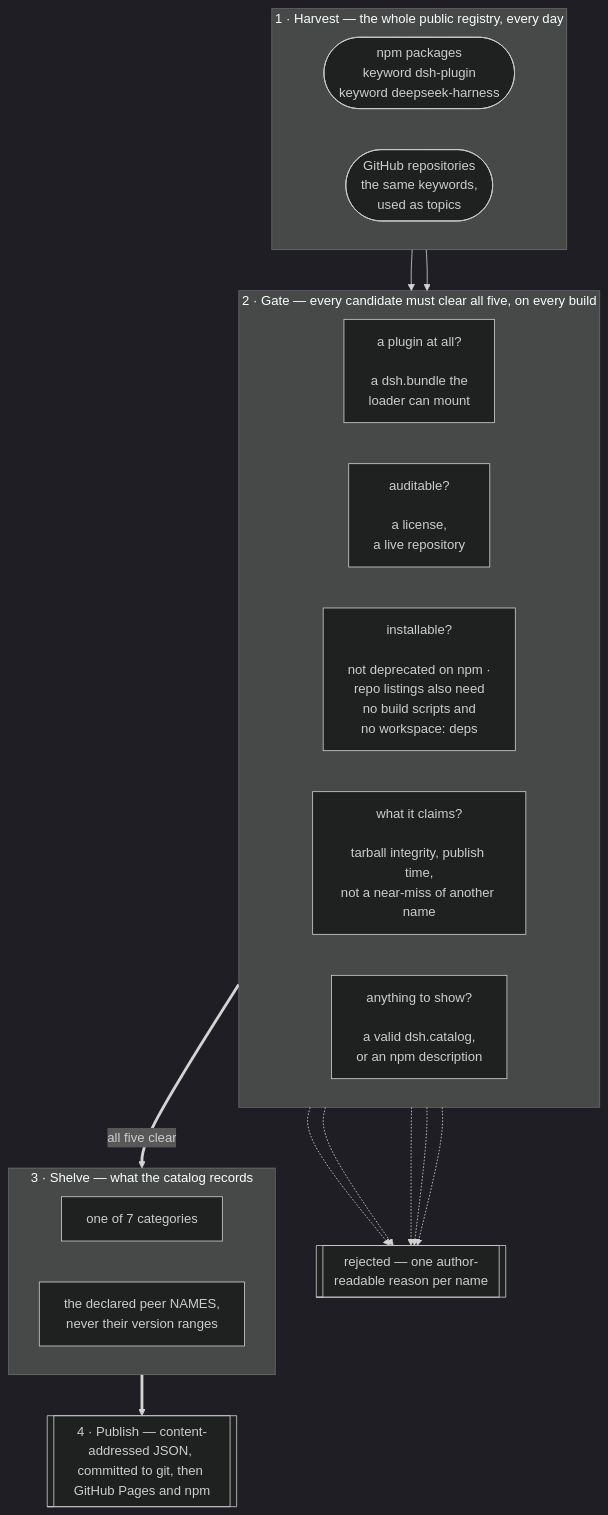
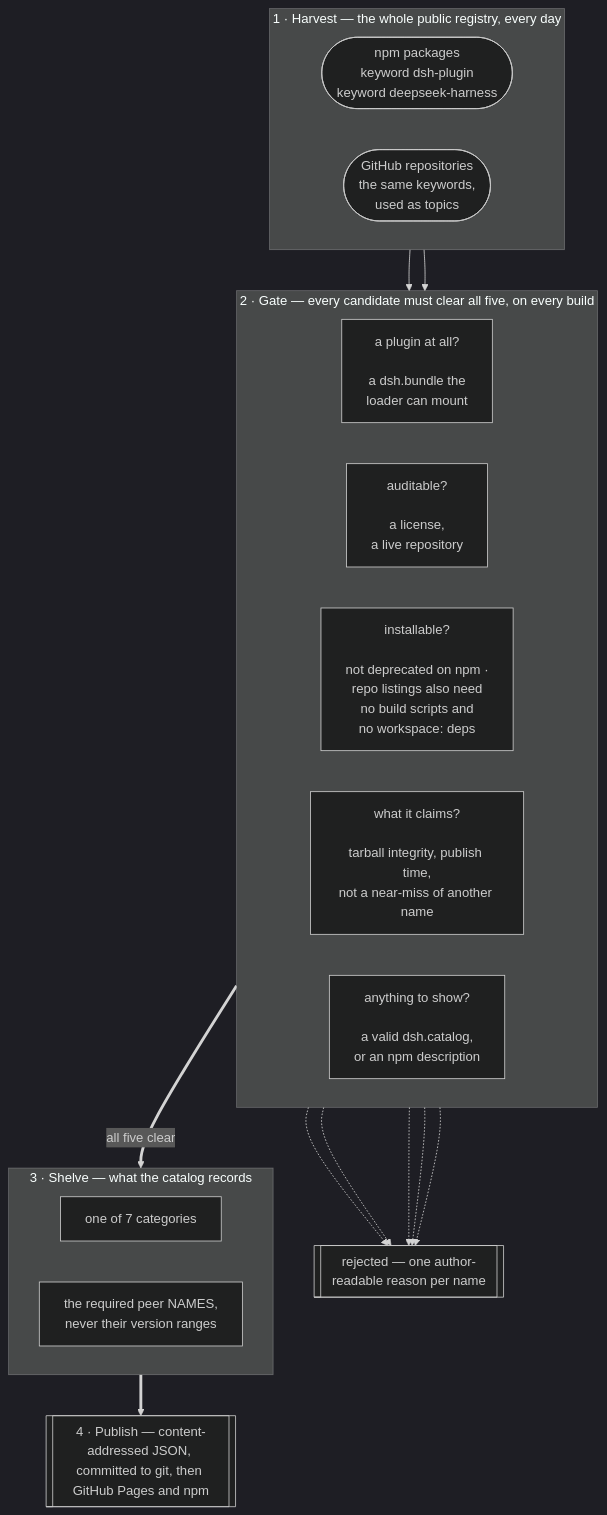
One commit to LivXue/dsh-plugin-shop changed the first of 2 diagrams in README.md. Above: the diagram before and after it, drawn with Mermaid (dark theme). The commit also changed other lines of this file and 6 other files, not shown here.

````diff
--- a/README.md
+++ b/README.md
@@ -112,34 +114,34 @@
 ```mermaid
 flowchart TB
   subgraph HARVEST["1 · Harvest — the whole public registry, every day"]
     direction LR
     NPM(["npm packages<br/>keyword dsh-plugin<br/>keyword deepseek-harness"])
     GH(["GitHub repositories<br/>the same keywords,<br/>used as topics"])
   end
 
   subgraph GATE["2 · Gate — every candidate must clear all five, on every build"]
     direction LR
     G1["a plugin at all?<br/><br/>a dsh.bundle the<br/>loader can mount"]
     G2["auditable?<br/><br/>a license,<br/>a live repository"]
     G3["installable?<br/><br/>not deprecated on npm ·<br/>repo listings also need<br/>no build scripts and<br/>no workspace: deps"]
     G4["what it claims?<br/><br/>tarball integrity, publish time,<br/>not a near-miss of another name"]
     G5["anything to show?<br/><br/>a valid dsh.catalog,<br/>or an npm description"]
   end
 
   subgraph SHELVE["3 · Shelve — what the catalog records"]
     direction LR
     CAT["one of 7 categories"]
-    PEER["the declared peer NAMES,<br/>never their version ranges"]
+    PEER["the required peer NAMES,<br/>never their version ranges"]
   end
 
   NPM --> G1
   GH --> G1
   G1 -.-> REJ
   G2 -.-> REJ
   G3 -.-> REJ
   G4 -.-> REJ
   G5 -.-> REJ
   REJ[["rejected — one author-readable reason per name"]]
   G5 ==>|"all five clear"| CAT
   PEER ==> PUB[["4 · Publish — content-addressed JSON, committed to git, then GitHub Pages and npm"]]
 ```
````
